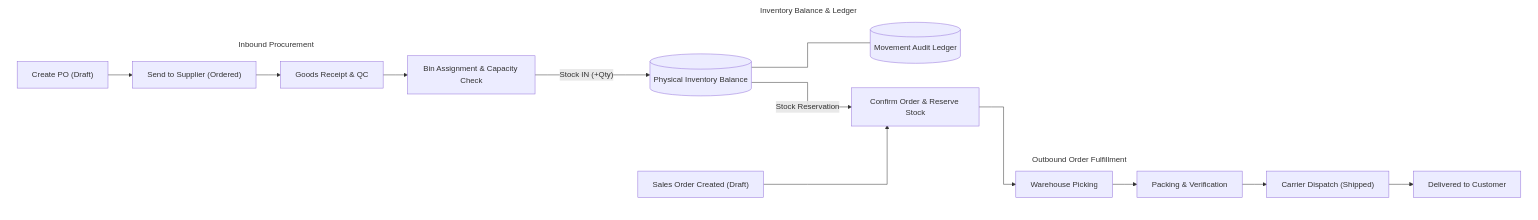
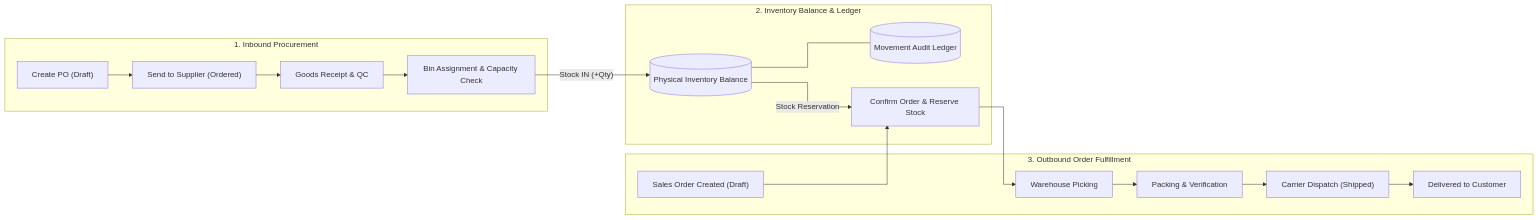
The second of 3 diagrams in README.md (RPriago/stockFlow), drawn with Mermaid before and after one commit. The commit also changed other lines of this file and 2 other files, not shown here.

````diff
--- a/README.md
+++ b/README.md
@@ -108,27 +114,23 @@
 ```mermaid
 %%{init: {"flowchart": {"curve": "stepAfter"}}}%%
 flowchart LR
-    subgraph INBOUND ["Inbound Procurement"]
+    subgraph INBOUND ["1. Inbound Procurement"]
         PO1["Create PO (Draft)"] --> PO2["Send to Supplier (Ordered)"]
         PO2 --> PO3["Goods Receipt & QC"]
         PO3 --> PO4["Bin Assignment & Capacity Check"]
     end
 
-    subgraph CORE ["Inventory Balance & Ledger"]
+    subgraph CORE ["2. Inventory Balance & Ledger"]
         PO4 -->|"Stock IN (+Qty)"| BAL[("Physical Inventory Balance")]
         BAL --- LEDGER[("Movement Audit Ledger")]
         BAL -->|"Stock Reservation"| SO2
     end
 
-    subgraph OUTBOUND ["Outbound Order Fulfillment"]
+    subgraph OUTBOUND ["3. Outbound Order Fulfillment"]
         SO1["Sales Order Created (Draft)"] --> SO2["Confirm Order & Reserve Stock"]
         SO2 --> SO3["Warehouse Picking"]
         SO3 --> SO4["Packing & Verification"]
         SO4 --> SO5["Carrier Dispatch (Shipped)"]
         SO5 --> SO6["Delivered to Customer"]
     end
-
-    style INBOUND fill:none,stroke:none
-    style CORE fill:none,stroke:none
-    style OUTBOUND fill:none,stroke:none
 ```
````
